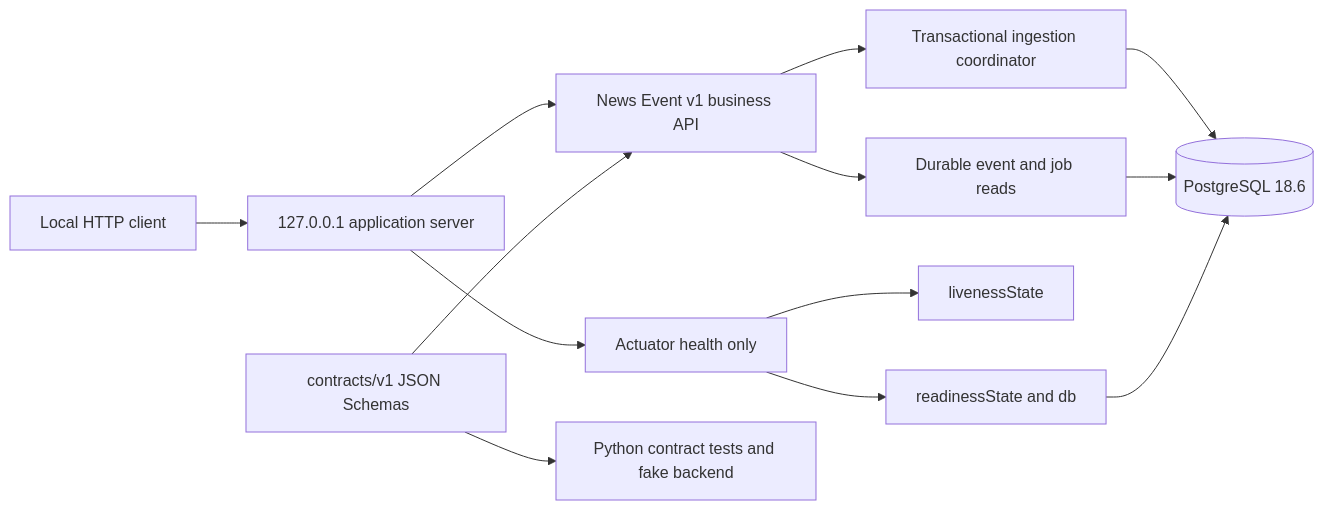
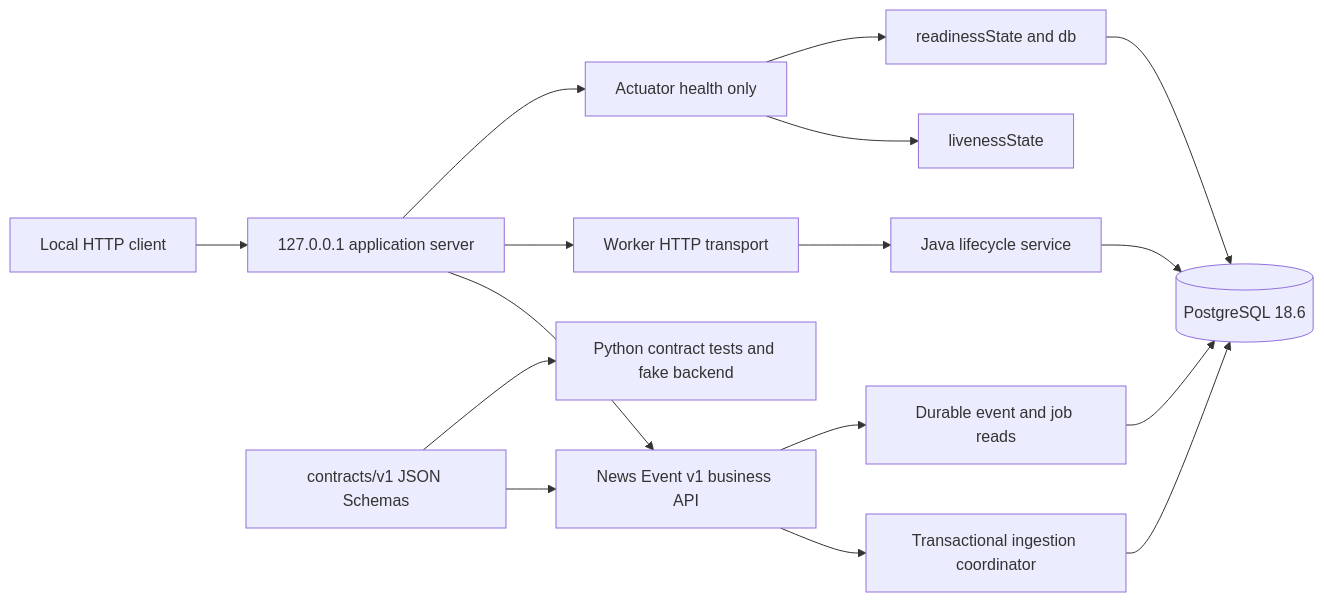
One commit to Flev05/news-swing-trader changed the diagram in docs/architecture.md. Above: the diagram before and after it, drawn with Mermaid. The commit also changed other lines of this file and 17 other files, not shown here.

Commit message:
feat: expose local worker lifecycle HTTP API

````diff
--- a/docs/architecture.md
+++ b/docs/architecture.md
@@ -8,15 +10,18 @@
 ```mermaid
 flowchart LR
     Client[Local HTTP client] --> Server[127.0.0.1 application server]
     Server --> API[News Event v1 business API]
     API --> Coordinator[Transactional ingestion coordinator]
     Coordinator --> DB[(PostgreSQL 18.6)]
     API --> Reads[Durable event and job reads]
     Reads --> DB
+    Server --> WorkerAPI[Worker HTTP transport]
+    WorkerAPI --> Lifecycle[Java lifecycle service]
+    Lifecycle --> DB
     Server --> Health[Actuator health only]
     Health --> Live[livenessState]
     Health --> Ready[readinessState and db]
     Ready --> DB
     Contracts[contracts/v1 JSON Schemas] --> API
     Contracts --> Python[Python contract tests and fake backend]
 ```
````
